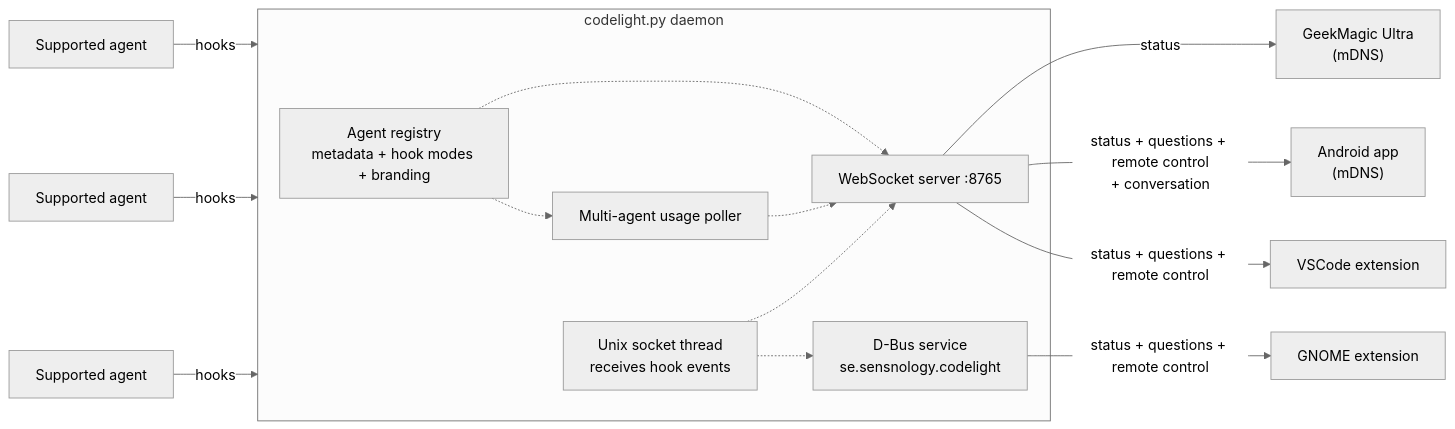
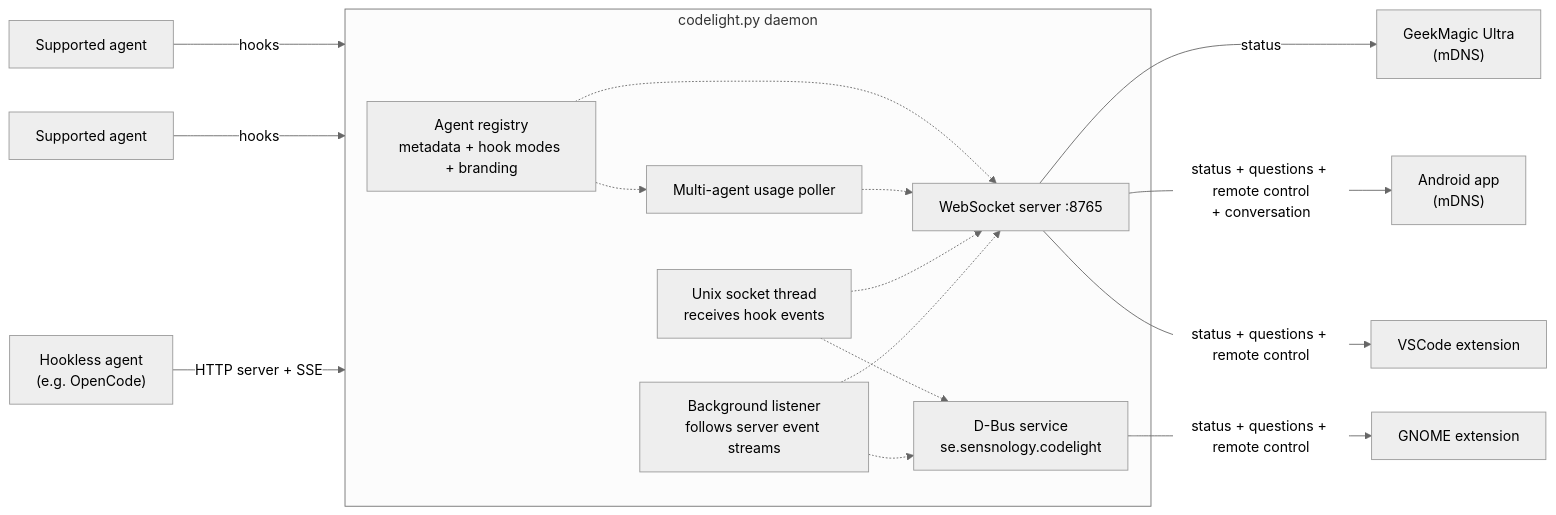
The diagram in companion/README.md (henrikekblad/codelight), drawn with Mermaid (neutral theme) before and after one commit. The commit also changed other lines of this file and 1 other file, not shown here.

First line of the commit message:
docs: pre-release review — listener pattern, steering, fix stale anchor

````diff
--- a/companion/README.md
+++ b/companion/README.md
@@ -234,25 +234,28 @@
 ```mermaid
 flowchart LR
     A1["Supported agent"] -->|hooks| D
     A2["Supported agent"] -->|hooks| D
-    A3["Supported agent"] -->|hooks| D
+    A3["Hookless agent<br/>(e.g. OpenCode)"] -->|HTTP server + SSE| D
 
     subgraph D["codelight.py daemon"]
         REG["Agent registry<br/>metadata + hook modes + branding"]
         SOCK["Unix socket thread<br/>receives hook events"]
+        LISTEN["Background listener<br/>follows server event streams"]
         USAGE["Multi-agent usage poller"]
         WS["WebSocket server :8765"]
         DBUS["D-Bus service<br/>se.sensnology.codelight"]
     end
 
     WS -->|status| SCREEN["GeekMagic Ultra<br/>(mDNS)"]
     WS -->|status + questions + remote control<br/>+ conversation| ANDROID["Android app<br/>(mDNS)"]
     WS -->|status + questions + remote control| VSCODE["VSCode extension"]
     DBUS -->|status + questions + remote control| GNOME["GNOME extension"]
 
     REG -.-> USAGE
     REG -.-> WS
     USAGE -.-> WS
     SOCK -.-> WS
     SOCK -.-> DBUS
+    LISTEN -.-> WS
+    LISTEN -.-> DBUS
 ```
````
